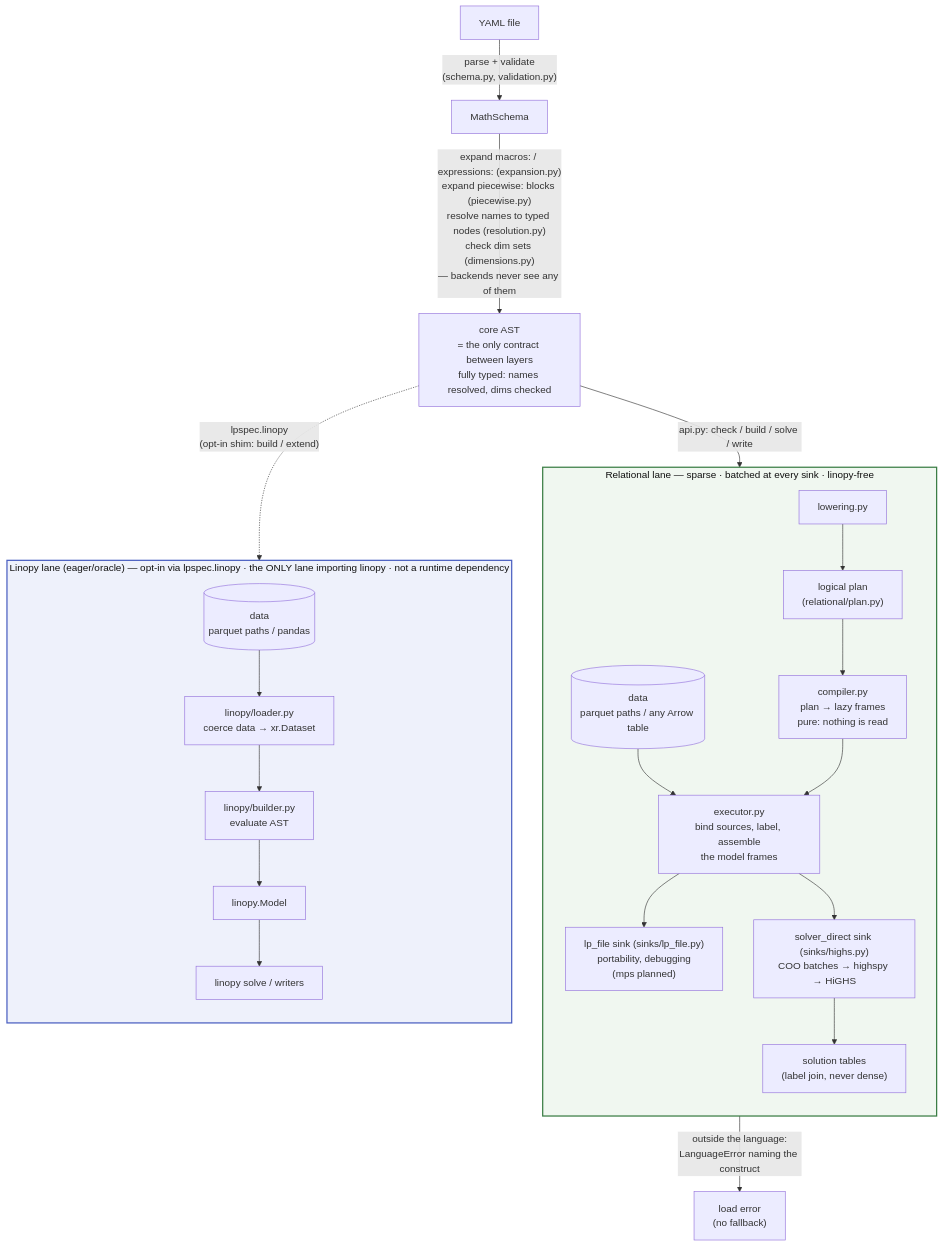
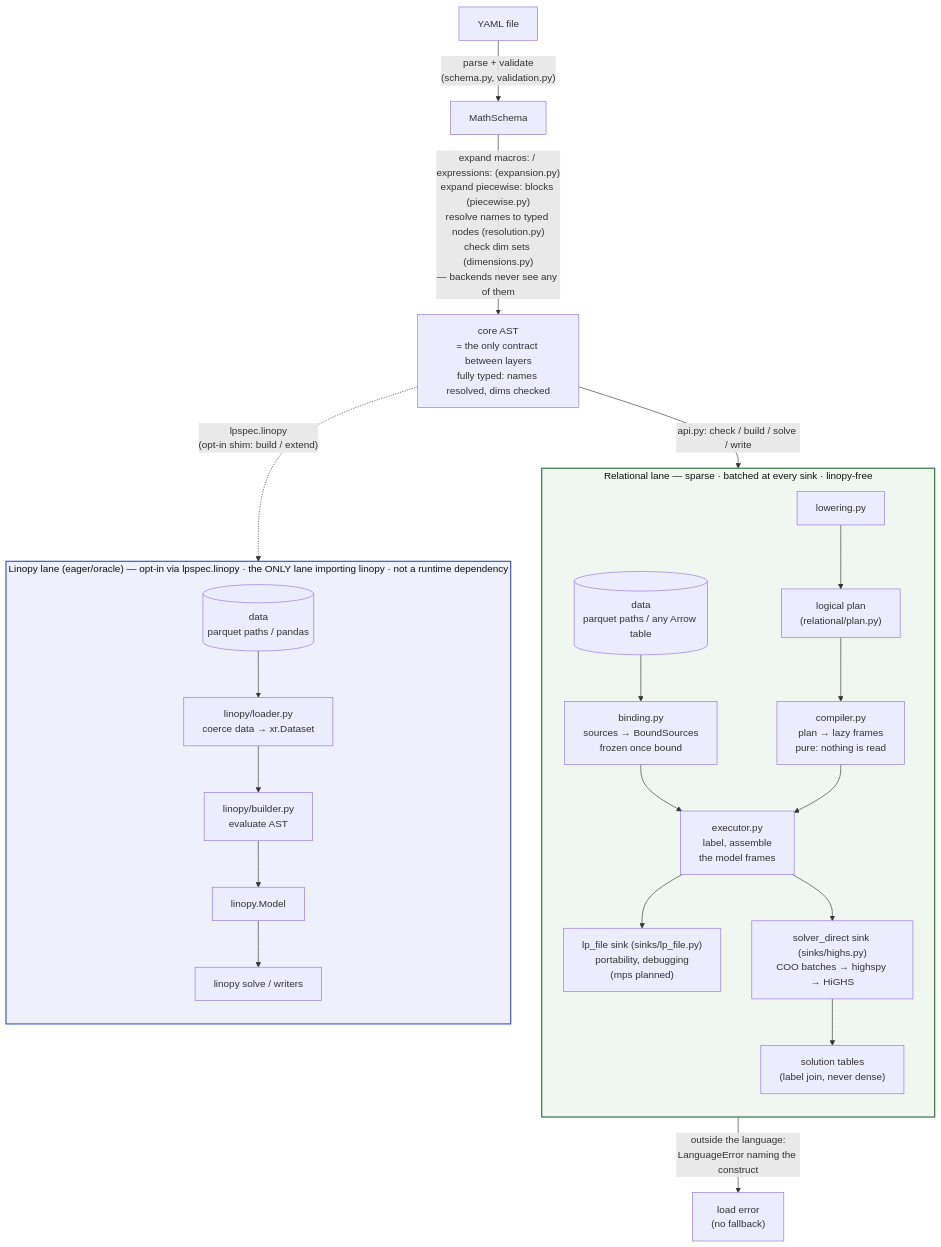
Before and after one commit to FBumann/farkas: the first of 2 diagrams in docs/ARCHITECTURE.md, drawn with Mermaid. The commit also changed other lines of this file and 4 other files, not shown here.

````diff
--- a/docs/ARCHITECTURE.md
+++ b/docs/ARCHITECTURE.md
@@ -26,31 +26,32 @@
 ```mermaid
 flowchart TB
     Y[YAML file] -->|"parse + validate<br/>(schema.py, validation.py)"| MS[MathSchema]
     MS -->|"expand macros: / expressions: (expansion.py)<br/>expand piecewise: blocks (piecewise.py)<br/>resolve names to typed nodes (resolution.py)<br/>check dim sets (dimensions.py)<br/>— backends never see any of them"| AST["core AST<br/>= the only contract between layers<br/>fully typed: names resolved, dims checked"]
     AST -->|"api.py: check / build / solve / write"| LOWER
     AST -.->|"lpspec.linopy<br/>(opt-in shim: build / extend)"| BUILD
     LOWER -->|"outside the language:<br/>LanguageError naming the construct"| ERR["load error<br/>(no fallback)"]
 
     subgraph REL["Relational lane — sparse · batched at every sink · linopy-free"]
         direction TB
         LOWER["lowering.py"] --> PLAN["logical plan<br/>(relational/plan.py)"]
         PLAN --> COMP["compiler.py<br/>plan → lazy frames<br/>pure: nothing is read"]
-        DR[("data<br/>parquet paths / any Arrow table")] --> EXEC
-        COMP --> EXEC["executor.py<br/>bind sources, label, assemble<br/>the model frames"]
+        DR[("data<br/>parquet paths / any Arrow table")] --> BIND["binding.py<br/>sources → BoundSources<br/>frozen once bound"]
+        BIND --> EXEC
+        COMP --> EXEC["executor.py<br/>label, assemble<br/>the model frames"]
         EXEC --> LPS["lp_file sink (sinks/lp_file.py)<br/>portability, debugging<br/>(mps planned)"]
         EXEC --> DIRECT["solver_direct sink (sinks/highs.py)<br/>COO batches → highspy → HiGHS"]
         DIRECT --> SOL["solution tables<br/>(label join, never dense)"]
     end
 
     subgraph EAGER["Linopy lane (eager/oracle) — opt-in via lpspec.linopy · the ONLY lane importing linopy · not a runtime dependency"]
         direction TB
         DE[("data<br/>parquet paths / pandas")] --> LOAD["linopy/loader.py<br/>coerce data → xr.Dataset"]
         LOAD --> BUILD["linopy/builder.py<br/>evaluate AST"]
         BUILD --> MODEL[linopy.Model] --> SOLVE["linopy solve / writers"]
     end
 
     classDef laneR fill:#f0f7f0,stroke:#3a7d44,stroke-width:2px,color:#111
     classDef laneE fill:#eef1fb,stroke:#4a5fc1,stroke-width:2px,color:#111
     class REL laneR
     class EAGER laneE
 ```
````
